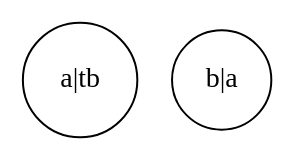
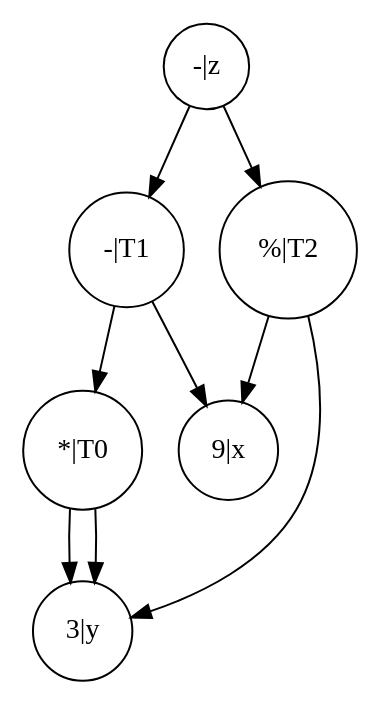
Before and after one commit to hutao99/compiler: the diagram in DAG/visible.gv, drawn with Graphviz.

Commit message:
张世佳 LL1预测分析完善

```diff
--- a/DAG/visible.gv
+++ b/DAG/visible.gv
@@ -1,6 +1,18 @@
 // comment
 digraph "./DAG/visible" {
 	node [color=black shape=circle size="20,5"]
-	1 [label="a|tb"]
-	2 [label="b|a"]
+	1 [label="9|x"]
+	2 [label="3|y"]
+	3 [label="*|T0"]
+	4 [label="-|T1"]
+	5 [label="%|T2"]
+	6 [label="-|z"]
+	3 -> 2
+	3 -> 2
+	4 -> 3
+	4 -> 1
+	5 -> 2
+	5 -> 1
+	6 -> 5
+	6 -> 4
 }
```
